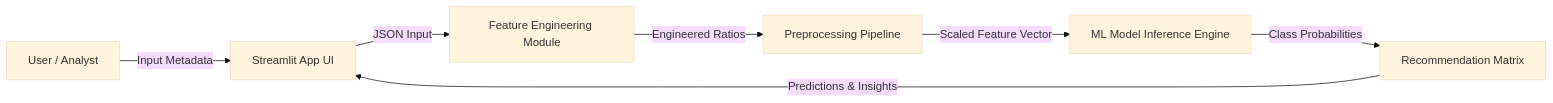
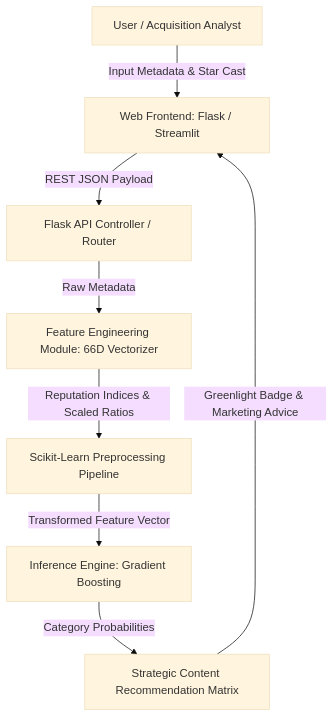
Before and after one commit to iamharishrohith/CineIntelligence: the first of 2 diagrams in DOCUMENTATION.md, drawn with Mermaid (base theme). The commit also changed other lines of this file and 1 other file, not shown here.

````diff
--- a/DOCUMENTATION.md
+++ b/DOCUMENTATION.md
@@ -36,9 +39,10 @@
 ```mermaid
-graph LR
-    User[User / Analyst] -->|Input Metadata| UI[Streamlit App UI]
-    UI -->|JSON Input| FE[Feature Engineering Module]
-    FE -->|Engineered Ratios| PP[Preprocessing Pipeline]
-    PP -->|Scaled Feature Vector| ML[ML Model Inference Engine]
-    ML -->|Class Probabilities| Rec[Recommendation Matrix]
-    Rec -->|Predictions & Insights| UI
+graph TD
+    User[User / Acquisition Analyst] -->|Input Metadata & Star Cast| UI[Web Frontend: Flask / Streamlit]
+    UI -->|REST JSON Payload| API[Flask API Controller / Router]
+    API -->|Raw Metadata| FE[Feature Engineering Module: 66D Vectorizer]
+    FE -->|Reputation Indices & Scaled Ratios| PP[Scikit-Learn Preprocessing Pipeline]
+    PP -->|Transformed Feature Vector| ML[Inference Engine: Gradient Boosting]
+    ML -->|Category Probabilities| Strat[Strategic Content Recommendation Matrix]
+    Strat -->|Greenlight Badge & Marketing Advice| UI
 ```
````
